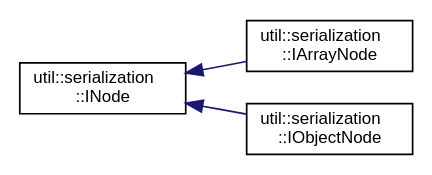
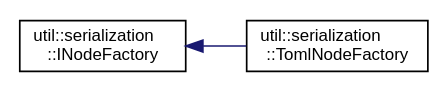
The diagram in inherit_graph_92.dot (AndreasLrx/ecstasy), drawn with Graphviz before and after one commit. The commit also changed 380 other files, not shown here.

```diff
--- a/inherit_graph_92.dot
+++ b/inherit_graph_92.dot
@@ -1,12 +1,10 @@
 digraph "Graphical Class Hierarchy"
 {
  // LATEX_PDF_SIZE
   edge [fontname="Helvetica",fontsize="10",labelfontname="Helvetica",labelfontsize="10"];
   node [fontname="Helvetica",fontsize="10",shape=record];
   rankdir="LR";
-  Node0 [label="util::serialization\l::INode",height=0.2,width=0.4,color="black", fillcolor="white", style="filled",URL="$classutil_1_1serialization_1_1_i_node.html",tooltip="Serialization node."];
+  Node0 [label="util::serialization\l::INodeFactory",height=0.2,width=0.4,color="black", fillcolor="white", style="filled",URL="$classutil_1_1serialization_1_1_i_node_factory.html",tooltip="Node factory to hide underlying format."];
   Node0 -> Node1 [dir="back",color="midnightblue",fontsize="10",style="solid",fontname="Helvetica"];
-  Node1 [label="util::serialization\l::IArrayNode",height=0.2,width=0.4,color="black", fillcolor="white", style="filled",URL="$classutil_1_1serialization_1_1_i_array_node.html",tooltip="Array node."];
-  Node0 -> Node2 [dir="back",color="midnightblue",fontsize="10",style="solid",fontname="Helvetica"];
-  Node2 [label="util::serialization\l::IObjectNode",height=0.2,width=0.4,color="black", fillcolor="white", style="filled",URL="$classutil_1_1serialization_1_1_i_object_node.html",tooltip="Object node."];
+  Node1 [label="util::serialization\l::TomlNodeFactory",height=0.2,width=0.4,color="black", fillcolor="white", style="filled",URL="$classutil_1_1serialization_1_1_toml_node_factory.html",tooltip="Toml Node factory singleton."];
 }
```
